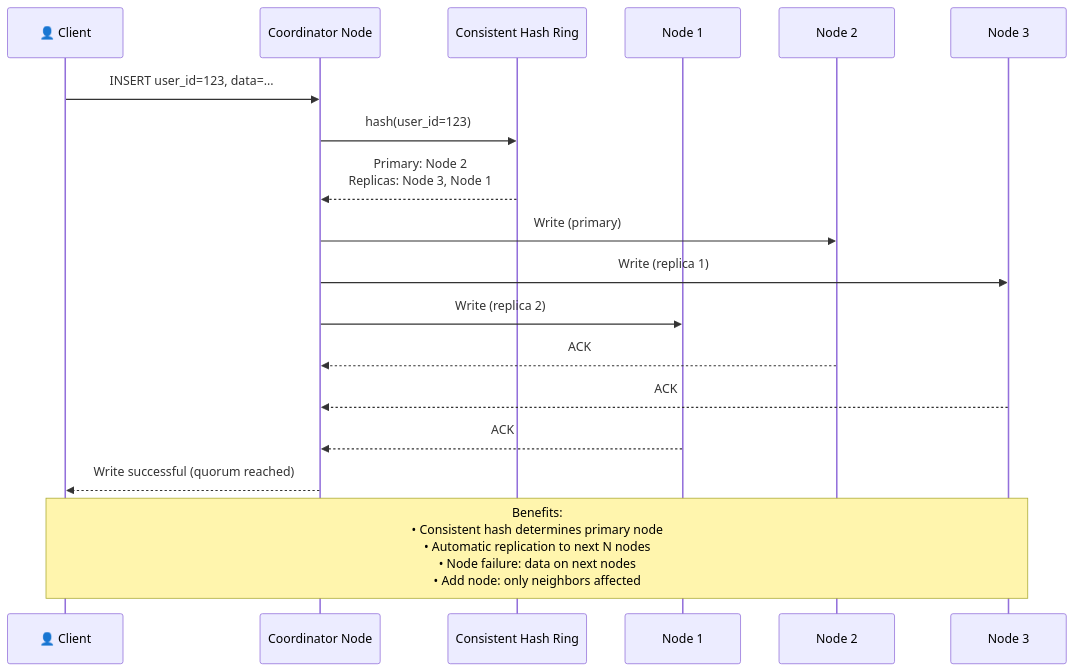
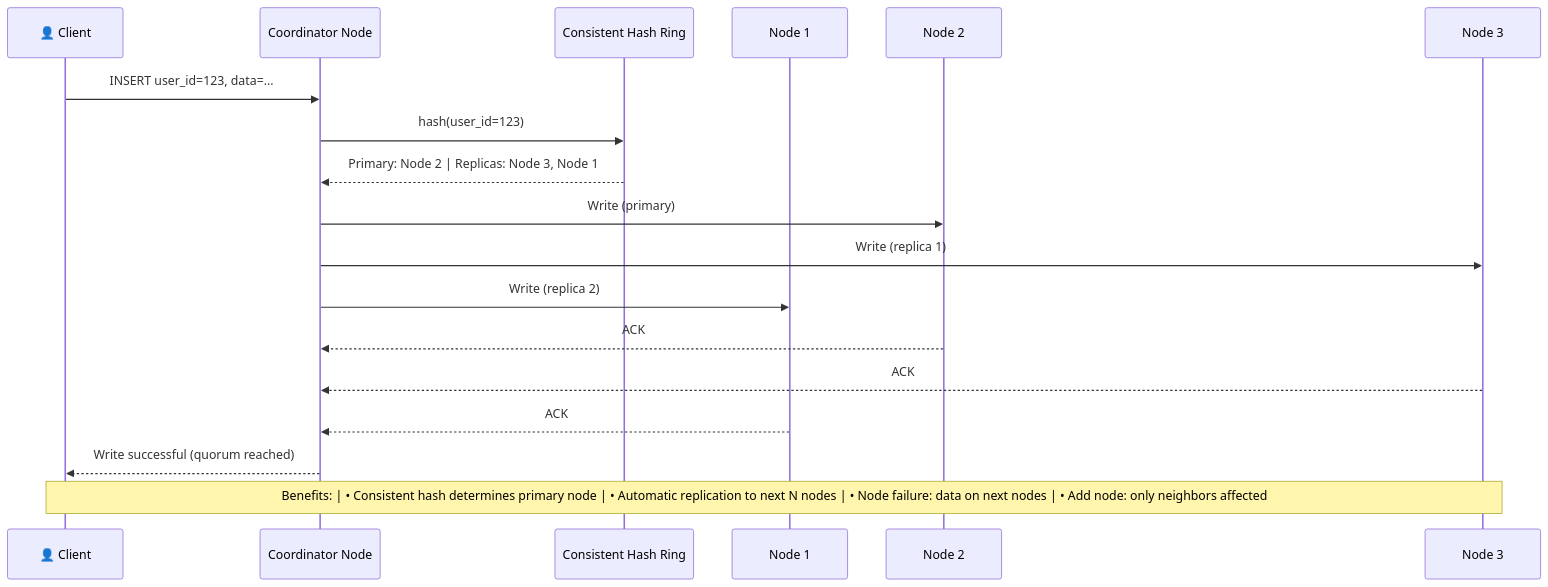
One commit to p1kmr/for-reading changed diagram 13 of 14 in HLD/foundation/14_consistent-hashing.md. Above: the diagram before and after it, drawn with Mermaid. The commit also changed other lines of this file and 14 other files, not shown here.

Commit message:
Fix Mermaid diagram syntax: Replace <br/> with <br> for GitHub compatibility

````diff
--- a/HLD/foundation/14_consistent-hashing.md
+++ b/HLD/foundation/14_consistent-hashing.md
@@ -416,26 +416,26 @@
 ```mermaid
 sequenceDiagram
     participant Client as 👤 Client
     participant Coordinator as Coordinator Node
     participant Ring as Consistent Hash Ring
     participant N1 as Node 1
     participant N2 as Node 2
     participant N3 as Node 3
 
     Client->>Coordinator: INSERT user_id=123, data=...
 
     Coordinator->>Ring: hash(user_id=123)
-    Ring-->>Coordinator: Primary: Node 2<br/>Replicas: Node 3, Node 1
+    Ring-->>Coordinator: Primary: Node 2 | Replicas: Node 3, Node 1
 
     Coordinator->>N2: Write (primary)
     Coordinator->>N3: Write (replica 1)
     Coordinator->>N1: Write (replica 2)
 
     N2-->>Coordinator: ACK
     N3-->>Coordinator: ACK
     N1-->>Coordinator: ACK
 
     Coordinator-->>Client: Write successful (quorum reached)
 
-    Note over Client,N3: Benefits:<br/>• Consistent hash determines primary node<br/>• Automatic replication to next N nodes<br/>• Node failure: data on next nodes<br/>• Add node: only neighbors affected
+    Note over Client,N3: Benefits: | • Consistent hash determines primary node | • Automatic replication to next N nodes | • Node failure: data on next nodes | • Add node: only neighbors affected
 ```
````
